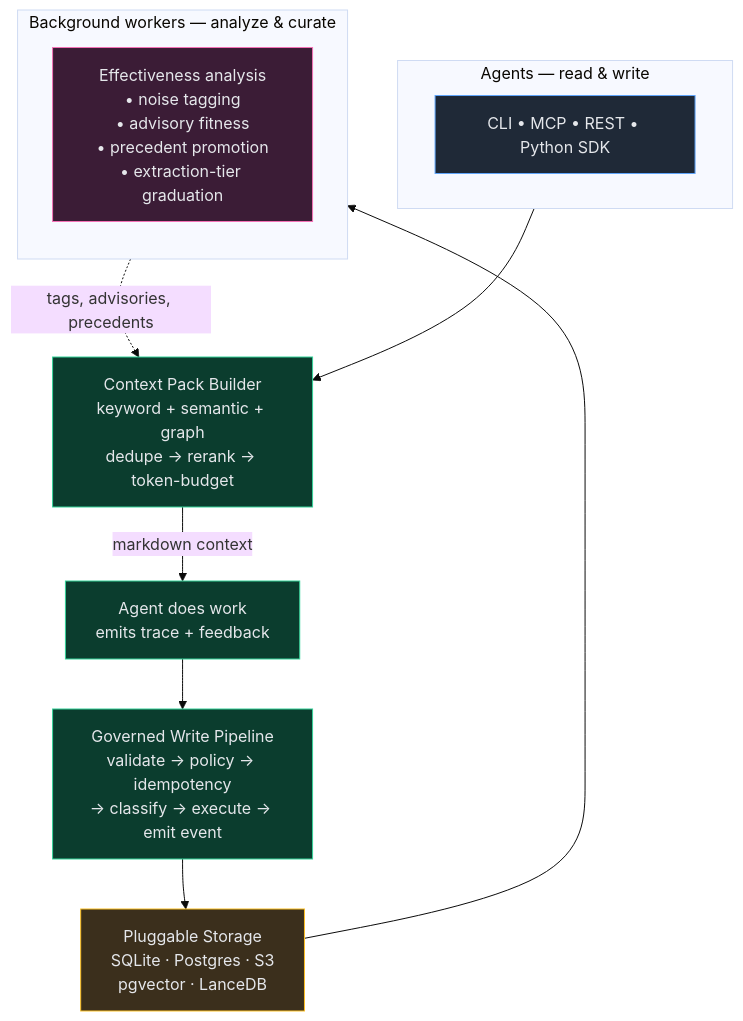
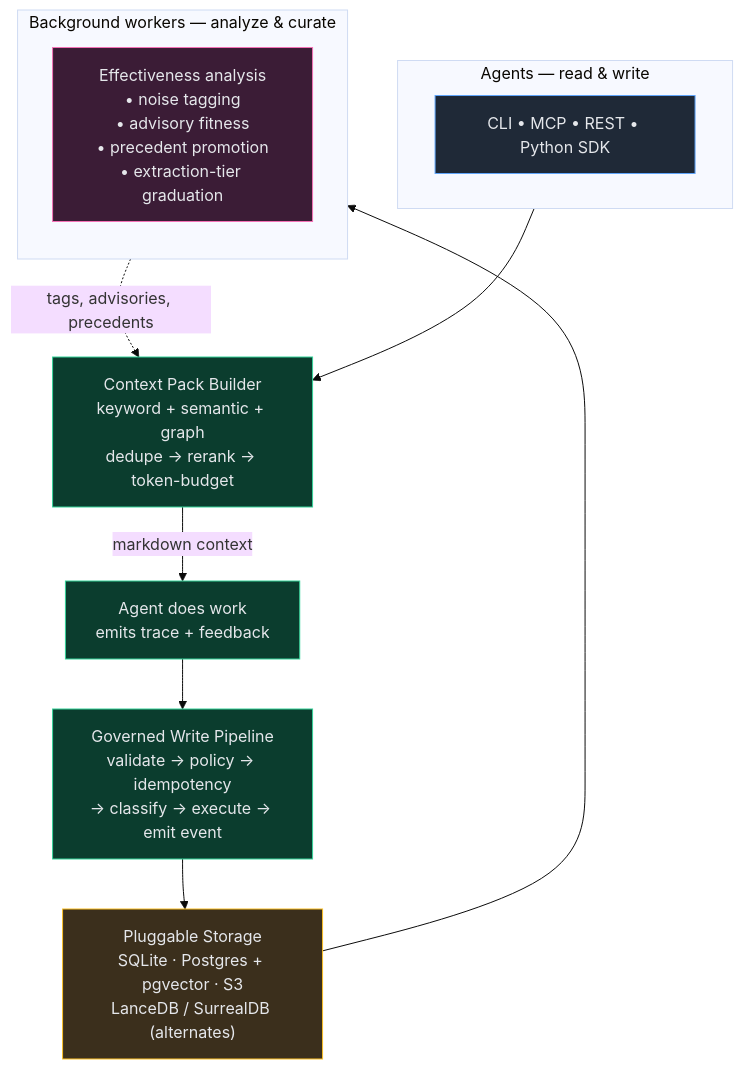
One commit to ronsse/trellis-ai changed the third of 5 diagrams in README.md. Above: the diagram before and after it, drawn with Mermaid (base theme). The commit also changed other lines of this file and 1 other file, not shown here.

First line of the commit message:
Refocus README messaging + pgvector as blessed cloud default

````diff
--- a/README.md
+++ b/README.md
@@ -133,33 +145,33 @@
 ```mermaid
 flowchart TB
     subgraph Agents["Agents — read & write"]
         direction LR
         IF["CLI • MCP • REST • Python SDK"]
     end
 
     Pack["Context Pack Builder<br/>keyword + semantic + graph<br/>dedupe → rerank → token-budget"]
     Work["Agent does work<br/>emits trace + feedback"]
     Mut["Governed Write Pipeline<br/>validate → policy → idempotency<br/>→ classify → execute → emit event"]
-    Store["Pluggable Storage<br/>SQLite · Postgres · S3<br/>pgvector · LanceDB"]
+    Store["Pluggable Storage<br/>SQLite · Postgres + pgvector · S3<br/>LanceDB / SurrealDB (alternates)"]
 
     subgraph Workers["Background workers — analyze & curate"]
         direction TB
         W["Effectiveness analysis<br/>• noise tagging<br/>• advisory fitness<br/>• precedent promotion<br/>• extraction-tier graduation"]
     end
 
     IF --> Pack
     Pack -- "markdown context" --> Work
     Work --> Mut
     Mut --> Store
     Store --> W
     W -. "tags, advisories, precedents" .-> Pack
 
     classDef iface fill:#1f2937,stroke:#60a5fa,color:#e5e7eb;
     classDef core fill:#0b3d2e,stroke:#34d399,color:#e5e7eb;
     classDef store fill:#3b2f1c,stroke:#fbbf24,color:#e5e7eb;
     classDef worker fill:#3b1c36,stroke:#f472b6,color:#e5e7eb;
     class IF iface;
     class Pack,Work,Mut core;
     class Store store;
     class W worker;
 ```
````
